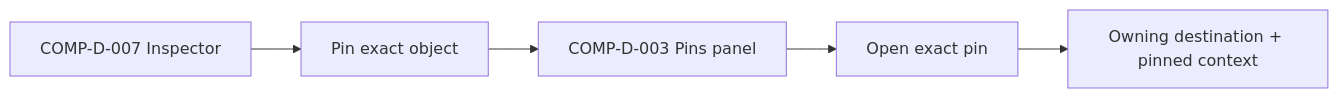
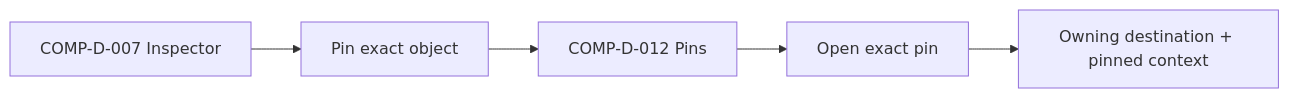
The sixth of 18 diagrams in docs/architecture/mission-control-design/FLOWS.md (Entif-AI/Bilqis), drawn with Mermaid before and after one commit. The commit also changed other lines of this file and 7 other files, not shown here.

Commit message:
docs(mission-control): make atlas target-state flowcharts

````diff
--- a/docs/architecture/mission-control-design/FLOWS.md
+++ b/docs/architecture/mission-control-design/FLOWS.md
@@ -93,7 +93,7 @@
 ```mermaid
 flowchart LR
   A[COMP-D-007 Inspector] --> B[Pin exact object]
-  B --> C[COMP-D-003 Pins panel]
+  B --> C[COMP-D-012 Pins]
   C --> D[Open exact pin]
   D --> E[Owning destination + pinned context]
 ```
````
